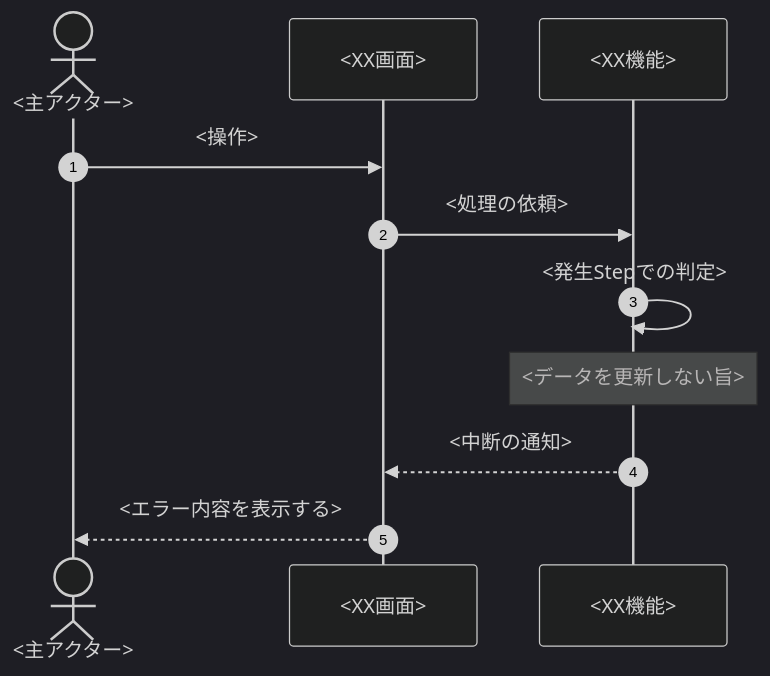
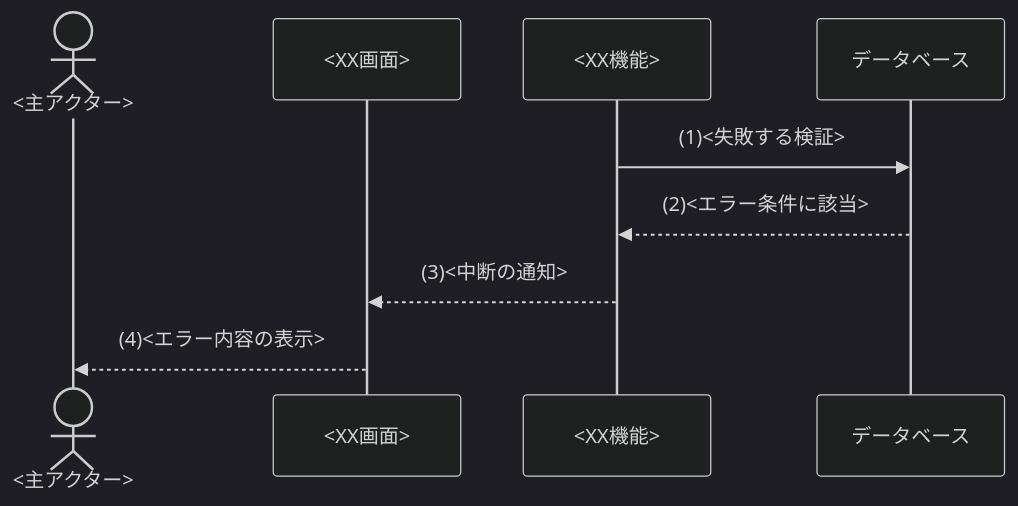
Before and after one commit to sikakou54/system-document-template: the third of 4 diagrams in テンプレート/02_機能要件.md, drawn with Mermaid (dark theme). The commit also changed other lines of this file and 6 other files, not shown here.

````diff
--- a/テンプレート/02_機能要件.md
+++ b/テンプレート/02_機能要件.md
@@ -191,13 +202,11 @@
 ```mermaid
 sequenceDiagram
-    autonumber
     actor U as <主アクター>
     participant SCR as <XX画面>
     participant FUNC as <XX機能>
-    U->>SCR: <操作>
-    SCR->>FUNC: <処理の依頼>
-    FUNC->>FUNC: <発生Stepでの判定>
-    Note over FUNC: <データを更新しない旨>
-    FUNC-->>SCR: <中断の通知>
-    SCR-->>U: <エラー内容を表示する>
+    participant DB as データベース
+    FUNC->>DB: (1)<失敗する検証>
+    DB-->>FUNC: (2)<エラー条件に該当>
+    FUNC-->>SCR: (3)<中断の通知>
+    SCR-->>U: (4)<エラー内容の表示>
 ```
````
